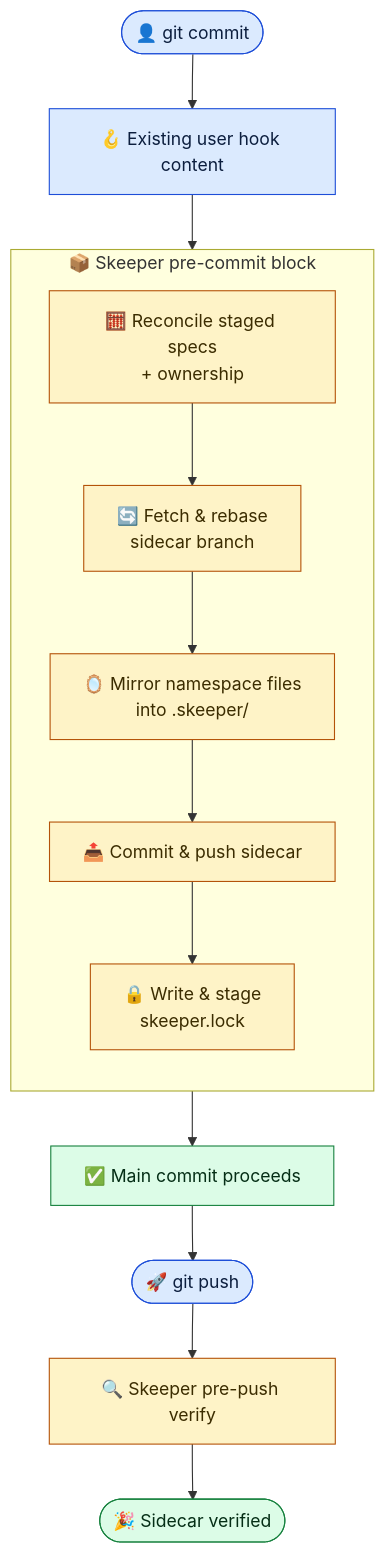
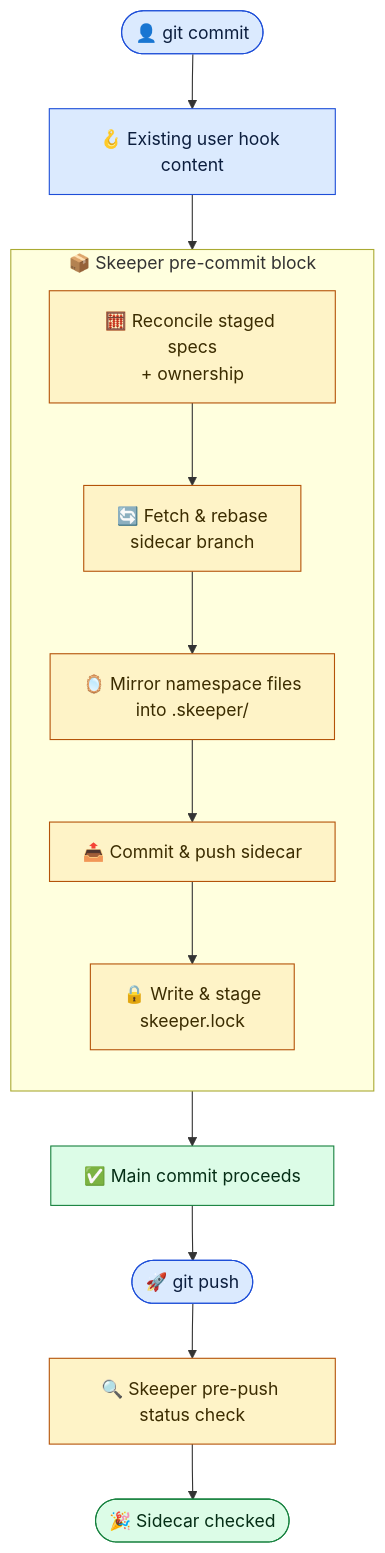
Before and after one commit to compozy/skeeper: the diagram in README.md, drawn with Mermaid. The commit also changed other lines of this file and 21 other files, not shown here.

````diff
--- a/README.md
+++ b/README.md
@@ -97,23 +98,23 @@
 ```mermaid
 flowchart TD
     Start([👤 git commit]):::user --> UserHook[🪝 Existing user hook content]:::user
     UserHook --> Block
 
     subgraph Block [📦 Skeeper pre-commit block]
         direction TB
         S1[🧮 Reconcile staged specs<br/>+ ownership] --> S2[🔄 Fetch &amp; rebase<br/>sidecar branch]
         S2 --> S3[🪞 Mirror namespace files<br/>into .skeeper/]
         S3 --> S4[📤 Commit &amp; push sidecar]
         S4 --> S5[🔒 Write &amp; stage<br/>skeeper.lock]
     end
 
     Block --> Commit[✅ Main commit proceeds]:::ok
     Commit --> Push([🚀 git push]):::user
-    Push --> Verify[🔍 Skeeper pre-push verify]:::skeeper
-    Verify --> Done([🎉 Sidecar verified]):::ok
+    Push --> Verify[🔍 Skeeper pre-push status check]:::skeeper
+    Verify --> Done([🎉 Sidecar checked]):::ok
 
     classDef user fill:#dbeafe,stroke:#1d4ed8,color:#0c1e3e
     classDef skeeper fill:#fef3c7,stroke:#b45309,color:#3b2c00
     classDef ok fill:#dcfce7,stroke:#15803d,color:#052e16
     class S1,S2,S3,S4,S5 skeeper
 ```
````
